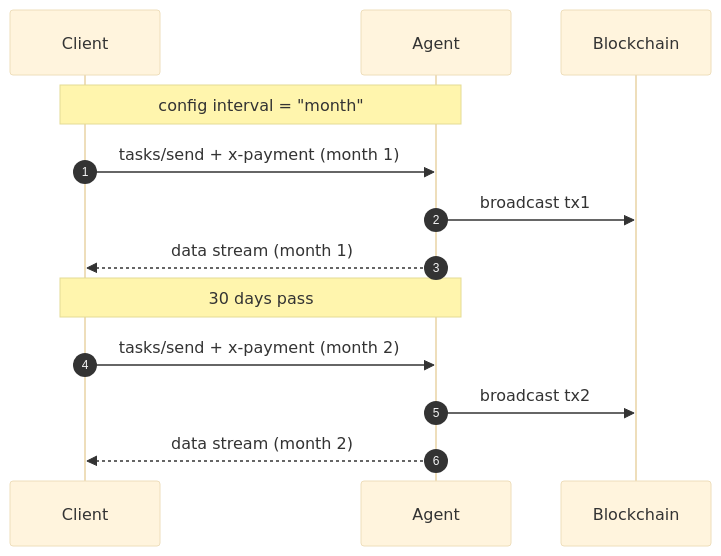
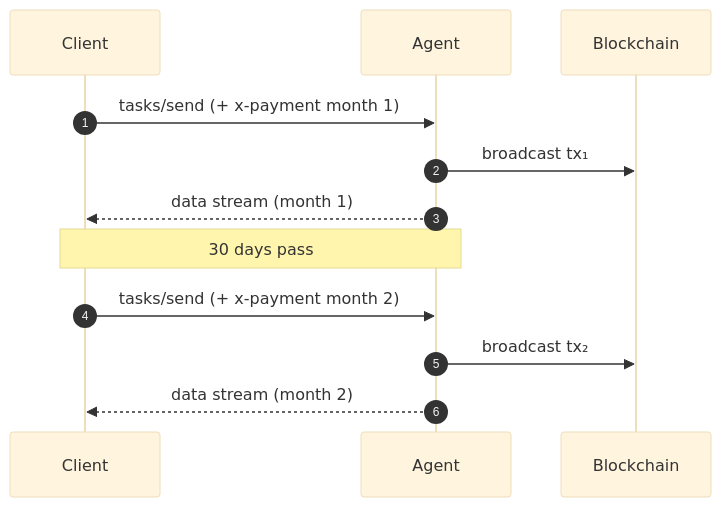
One commit to b-open-io/bsv-mcp changed the fifth of 6 diagrams in docs/a2b.md. Above: the diagram before and after it, drawn with Mermaid (base theme). The commit also changed other lines of this file, not shown here.

Commit message:
Refine A2B documentation: update payment flow section for clarity, enhance descriptions in pricing configuration and error codes, and improve task state machine details for better understanding and usability.

````diff
--- a/docs/a2b.md
+++ b/docs/a2b.md
@@ -400,15 +419,15 @@
 ```mermaid
 sequenceDiagram
     autonumber
     participant C as Client
     participant S as Agent
     participant B as Blockchain
-    Note over C,S: config interval = "month"
-    C->>S: tasks/send + x‑payment (month 1)
-    S->>B: broadcast tx1
-    S-->>C: data stream (month 1)
-    Note over C,S: 30 days pass
-    C->>S: tasks/send + x‑payment (month 2)
-    S->>B: broadcast tx2
-    S-->>C: data stream (month 2)
+
+    C->>S: tasks/send (+ x‑payment month 1)
+    S->>B: broadcast tx₁
+    S-->>C: data stream (month 1)
+    Note over C,S: 30 days pass
+    C->>S: tasks/send (+ x‑payment month 2)
+    S->>B: broadcast tx₂
+    S-->>C: data stream (month 2)
 ```
````
